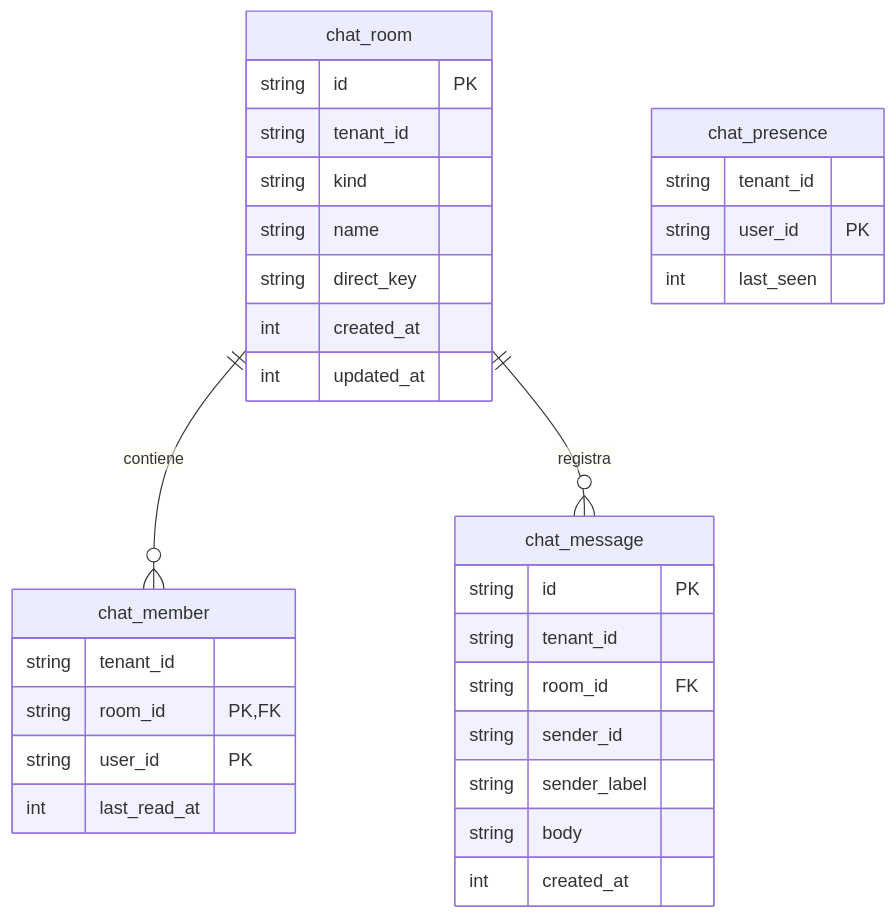
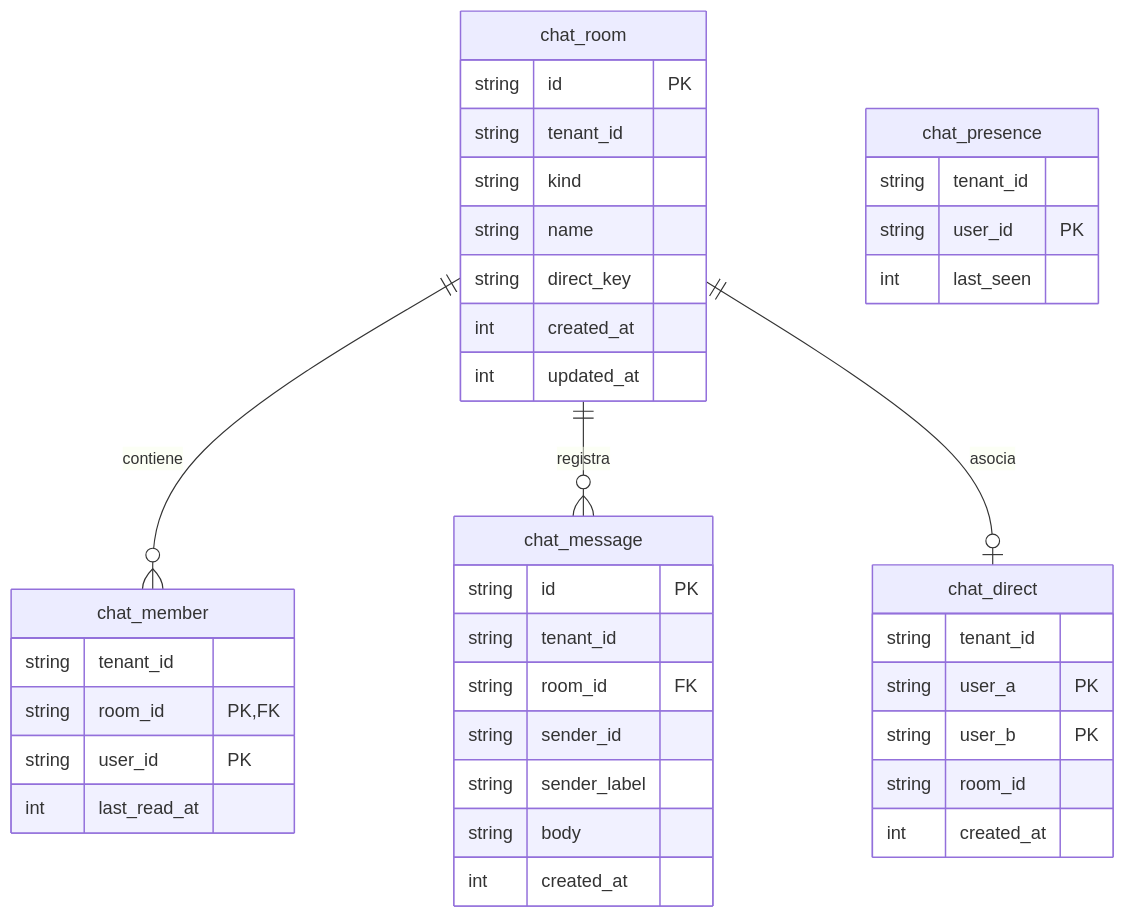
Before and after one commit to veltylabs/chat_room: the diagram in docs/diagrams/database.md, drawn with Mermaid. The commit also changed 59 other files, not shown here.

First line of the commit message:
refactor!: chat_room on the crud-by-declaration framework — Allow and Rules in definition.go, persistence by crud, only domain rules in rule files

````diff
--- a/docs/diagrams/database.md
+++ b/docs/diagrams/database.md
@@ -3,38 +3,47 @@
 ```mermaid
 erDiagram
     chat_room {
         string id PK
         string tenant_id
         string kind
         string name
         string direct_key
         int created_at
         int updated_at
     }
 
     chat_member {
         string tenant_id
         string room_id PK, FK
         string user_id PK
         int last_read_at
     }
 
     chat_message {
         string id PK
         string tenant_id
         string room_id FK
         string sender_id
         string sender_label
         string body
         int created_at
     }
 
     chat_presence {
         string tenant_id
         string user_id PK
         int last_seen
     }
 
+    chat_direct {
+        string tenant_id
+        string user_a PK
+        string user_b PK
+        string room_id
+        int created_at
+    }
+
     chat_room ||--o{ chat_member : "contiene"
     chat_room ||--o{ chat_message : "registra"
+    chat_room ||--o| chat_direct : "asocia"
 ```
````
